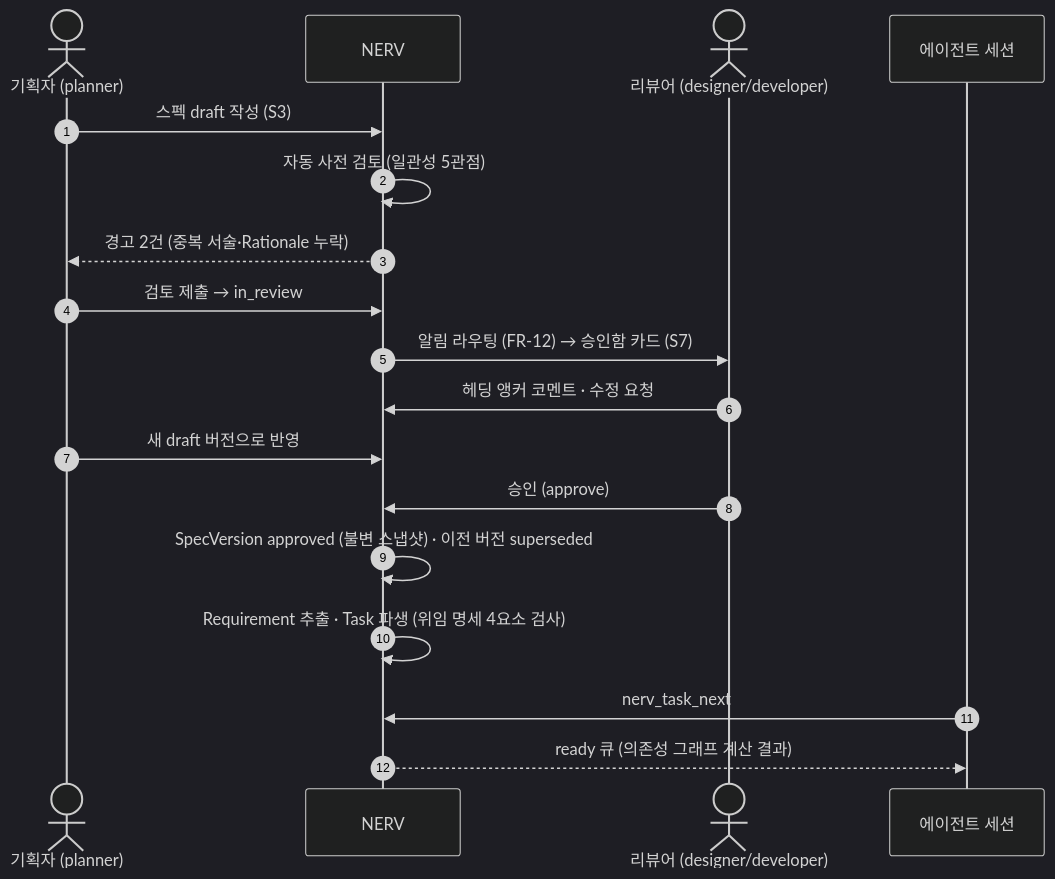
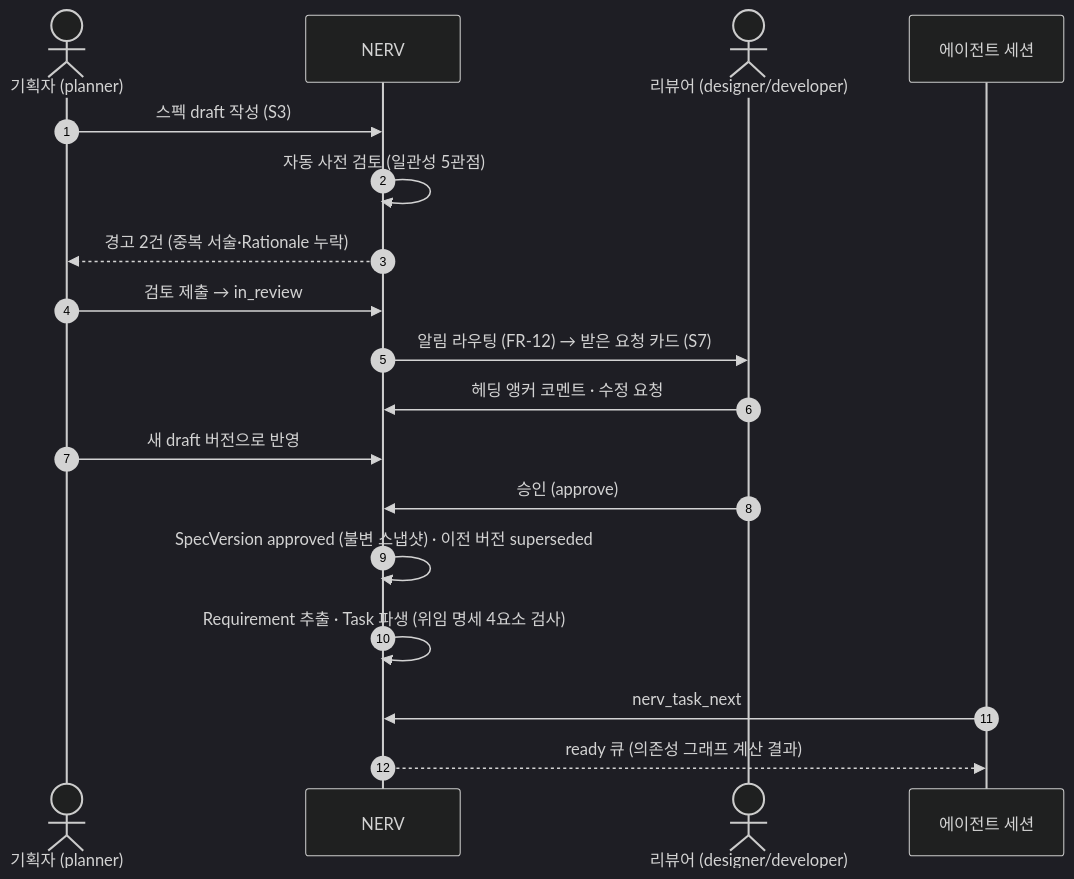
The first of 3 diagrams in docs/03-proposal/vision.md (worker-ants/nerv), drawn with Mermaid (dark theme) before and after one commit. The commit also changed other lines of this file and 76 other files, not shown here.

````diff
--- a/docs/03-proposal/vision.md
+++ b/docs/03-proposal/vision.md
@@ -195,20 +195,20 @@
 ```mermaid
 sequenceDiagram
     autonumber
     actor P as 기획자 (planner)
     participant N as NERV
     actor R as 리뷰어 (designer/developer)
     participant A as 에이전트 세션
     P->>N: 스펙 draft 작성 (S3)
     N->>N: 자동 사전 검토 (일관성 5관점)
     N-->>P: 경고 2건 (중복 서술·Rationale 누락)
     P->>N: 검토 제출 → in_review
-    N->>R: 알림 라우팅 (FR-12) → 승인함 카드 (S7)
+    N->>R: 알림 라우팅 (FR-12) → 받은 요청 카드 (S7)
     R->>N: 헤딩 앵커 코멘트 · 수정 요청
     P->>N: 새 draft 버전으로 반영
     R->>N: 승인 (approve)
     N->>N: SpecVersion approved (불변 스냅샷) · 이전 버전 superseded
     N->>N: Requirement 추출 · Task 파생 (위임 명세 4요소 검사)
     A->>N: nerv_task_next
     N-->>A: ready 큐 (의존성 그래프 계산 결과)
 ```
````
